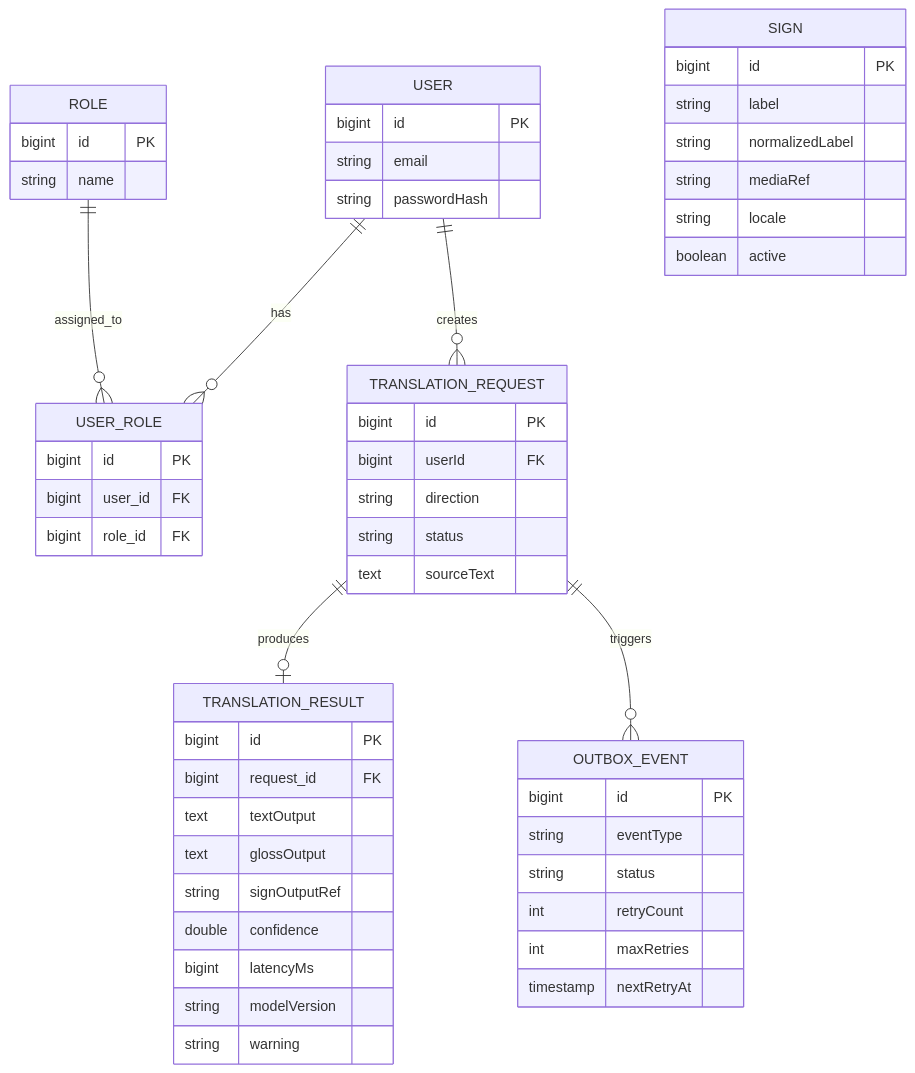
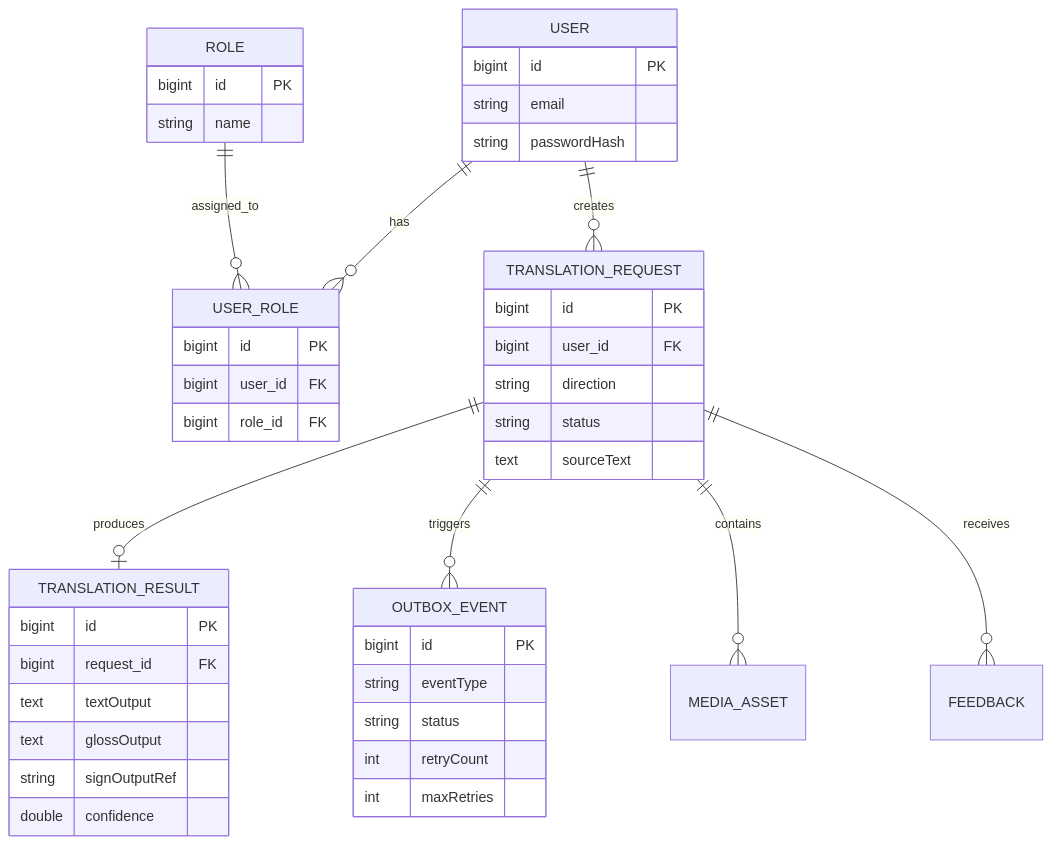
The first of 2 diagrams in README.md (Limepal/PROYECTO-KINETICA), drawn with Mermaid before and after one commit. The commit also changed other lines of this file, not shown here.

````diff
--- a/README.md
+++ b/README.md
@@ -130,63 +248,52 @@
 ```mermaid
 erDiagram
     USER ||--o{ USER_ROLE : has
     ROLE ||--o{ USER_ROLE : assigned_to
     USER ||--o{ TRANSLATION_REQUEST : creates
     TRANSLATION_REQUEST ||--o| TRANSLATION_RESULT : produces
     TRANSLATION_REQUEST ||--o{ OUTBOX_EVENT : triggers
+    TRANSLATION_REQUEST ||--o{ MEDIA_ASSET : contains
+    TRANSLATION_REQUEST ||--o{ FEEDBACK : receives
 
     USER {
-        bigint id PK
-        string email
-        string passwordHash
+      bigint id PK
+      string email
+      string passwordHash
     }
 
     ROLE {
-        bigint id PK
-        string name
+      bigint id PK
+      string name
     }
 
     USER_ROLE {
-        bigint id PK
-        bigint user_id FK
-        bigint role_id FK
-    }
-
-    SIGN {
-        bigint id PK
-        string label
-        string normalizedLabel
-        string mediaRef
-        string locale
-        boolean active
+      bigint id PK
+      bigint user_id FK
+      bigint role_id FK
     }
 
     TRANSLATION_REQUEST {
-        bigint id PK
-        bigint userId FK
-        string direction
-        string status
-        text sourceText
+      bigint id PK
+      bigint user_id FK
+      string direction
+      string status
+      text sourceText
     }
 
     TRANSLATION_RESULT {
-        bigint id PK
-        bigint request_id FK
-        text textOutput
-        text glossOutput
-        string signOutputRef
-        double confidence
-        bigint latencyMs
-        string modelVersion
-        string warning
+      bigint id PK
+      bigint request_id FK
+      text textOutput
+      text glossOutput
+      string signOutputRef
+      double confidence
     }
 
     OUTBOX_EVENT {
-        bigint id PK
-        string eventType
-        string status
-        int retryCount
-        int maxRetries
-        timestamp nextRetryAt
+      bigint id PK
+      string eventType
+      string status
+      int retryCount
+      int maxRetries
     }
 ```
````
